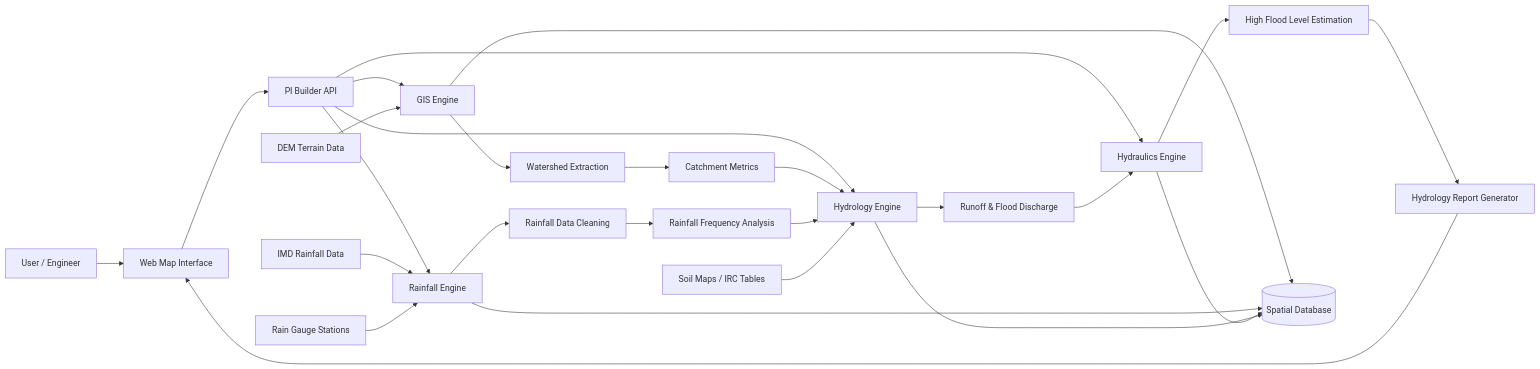
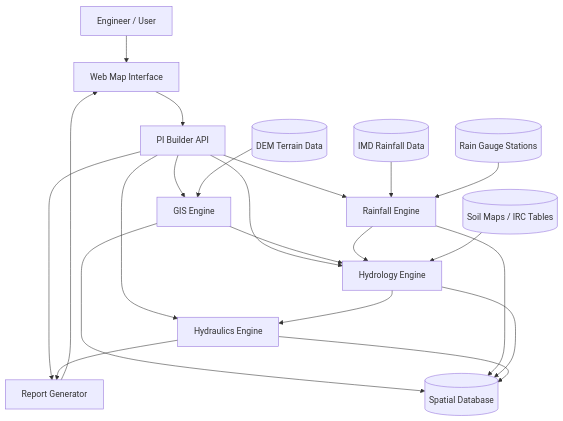
The diagram in docs/architecture.md (pifoundrylz/pibuilder), drawn with Mermaid before and after one commit. The commit also changed other lines of this file, not shown here.

````diff
--- a/docs/architecture.md
+++ b/docs/architecture.md
@@ -3,49 +3,41 @@
 ```mermaid
-flowchart LR
+flowchart TB
 
-%% User Layer
-A[User / Engineer] --> B[Web Map Interface]
+%% USER LAYER
+U[Engineer / User] --> UI[Web Map Interface]
 
-%% API Layer
-B --> C[PI Builder API]
+%% API LAYER
+UI --> API[PI Builder API]
 
-%% Core Engines
-C --> D[GIS Engine]
-C --> E[Rainfall Engine]
-C --> F[Hydrology Engine]
-C --> G[Hydraulics Engine]
+%% ENGINE LAYER
+API --> GIS[GIS Engine]
+API --> RAIN[Rainfall Engine]
+API --> HYDRO[Hydrology Engine]
+API --> HYDRAULIC[Hydraulics Engine]
+API --> REPORT[Report Generator]
 
-%% GIS Processing
-D --> H[Watershed Extraction]
-H --> I[Catchment Metrics]
+%% DATA FLOW BETWEEN ENGINES
+GIS --> HYDRO
+RAIN --> HYDRO
+HYDRO --> HYDRAULIC
+HYDRAULIC --> REPORT
 
-%% Rainfall Processing
-E --> J[Rainfall Data Cleaning]
-J --> K[Rainfall Frequency Analysis]
+%% DATA LAYER
+DEM[(DEM Terrain Data)]
+RAIN_DATA[(IMD Rainfall Data)]
+GAUGE[(Rain Gauge Stations)]
+SOIL[(Soil Maps / IRC Tables)]
+DB[(Spatial Database)]
 
-%% Hydrology
-I --> F
-K --> F
-F --> L[Runoff & Flood Discharge]
+DEM --> GIS
+RAIN_DATA --> RAIN
+GAUGE --> RAIN
+SOIL --> HYDRO
 
-%% Hydraulics
-L --> G
-G --> M[High Flood Level Estimation]
+GIS --> DB
+RAIN --> DB
+HYDRO --> DB
+HYDRAULIC --> DB
 
-%% Output
-M --> N[Hydrology Report Generator]
-N --> B
-
-%% Data Sources
-O[DEM Terrain Data] --> D
-P[IMD Rainfall Data] --> E
-Q[Rain Gauge Stations] --> E
-R[Soil Maps / IRC Tables] --> F
-
-%% Storage
-S[(Spatial Database)]
-D --> S
-E --> S
-F --> S
-G --> S
+REPORT --> UI
 ```
````
